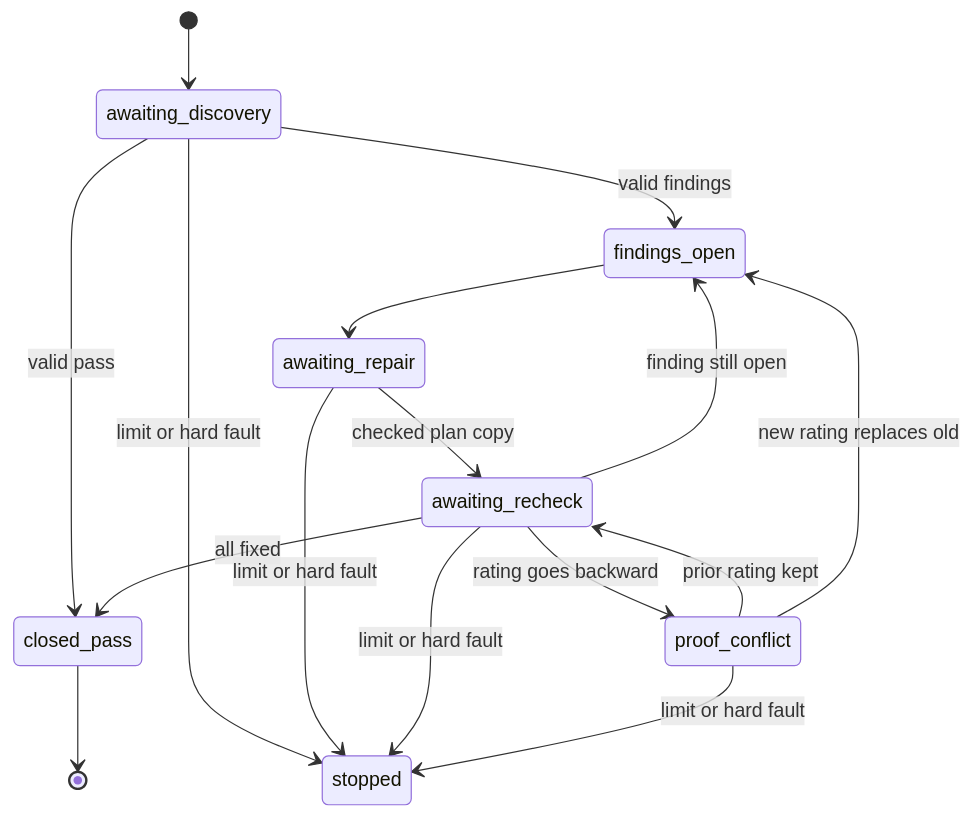
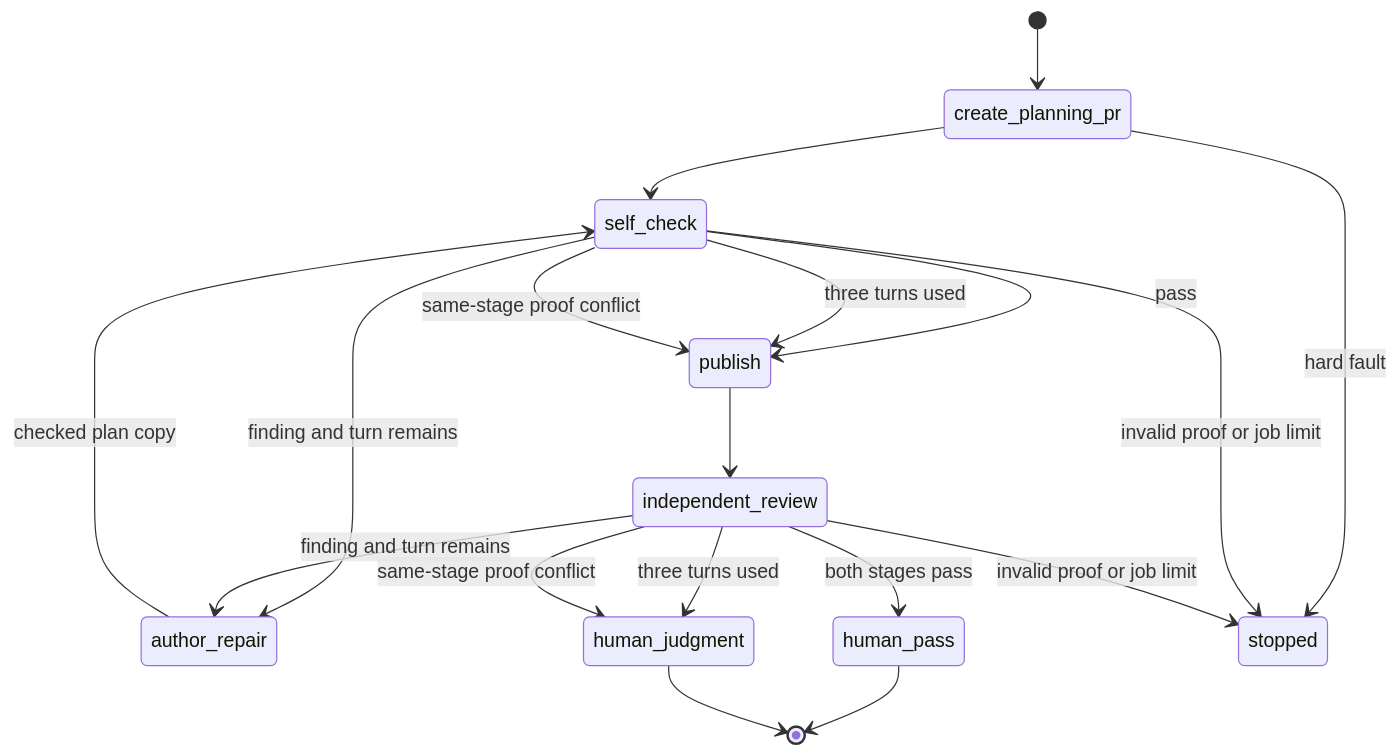
Before and after one commit to sachinkundu/deos: the second of 2 diagrams in openspec/changes/add-openspec-traceability-review/design.md, drawn with Mermaid. The commit also changed other lines of this file and 9 other files, not shown here.

````diff
--- a/openspec/changes/add-openspec-traceability-review/design.md
+++ b/openspec/changes/add-openspec-traceability-review/design.md
@@ -199,18 +207,20 @@
 ```mermaid
 stateDiagram-v2
-    [*] --> awaiting_discovery
-    awaiting_discovery --> findings_open: valid findings
-    awaiting_discovery --> closed_pass: valid pass
-    findings_open --> awaiting_repair
-    awaiting_repair --> awaiting_recheck: checked plan copy
-    awaiting_recheck --> findings_open: finding still open
-    awaiting_recheck --> closed_pass: all fixed
-    awaiting_recheck --> proof_conflict: rating goes backward
-    proof_conflict --> awaiting_recheck: prior rating kept
-    proof_conflict --> findings_open: new rating replaces old
-    awaiting_discovery --> stopped: limit or hard fault
-    awaiting_repair --> stopped: limit or hard fault
-    awaiting_recheck --> stopped: limit or hard fault
-    proof_conflict --> stopped: limit or hard fault
-    closed_pass --> [*]
+    [*] --> create_planning_pr
+    create_planning_pr --> self_check
+    self_check --> author_repair: finding and turn remains
+    author_repair --> self_check: checked plan copy
+    self_check --> publish: pass
+    self_check --> publish: three turns used
+    publish --> independent_review
+    independent_review --> author_repair: finding and turn remains
+    independent_review --> human_pass: both stages pass
+    independent_review --> human_judgment: three turns used
+    self_check --> publish: same-stage proof conflict
+    independent_review --> human_judgment: same-stage proof conflict
+    create_planning_pr --> stopped: hard fault
+    self_check --> stopped: invalid proof or job limit
+    independent_review --> stopped: invalid proof or job limit
+    human_pass --> [*]
+    human_judgment --> [*]
 ```
````
